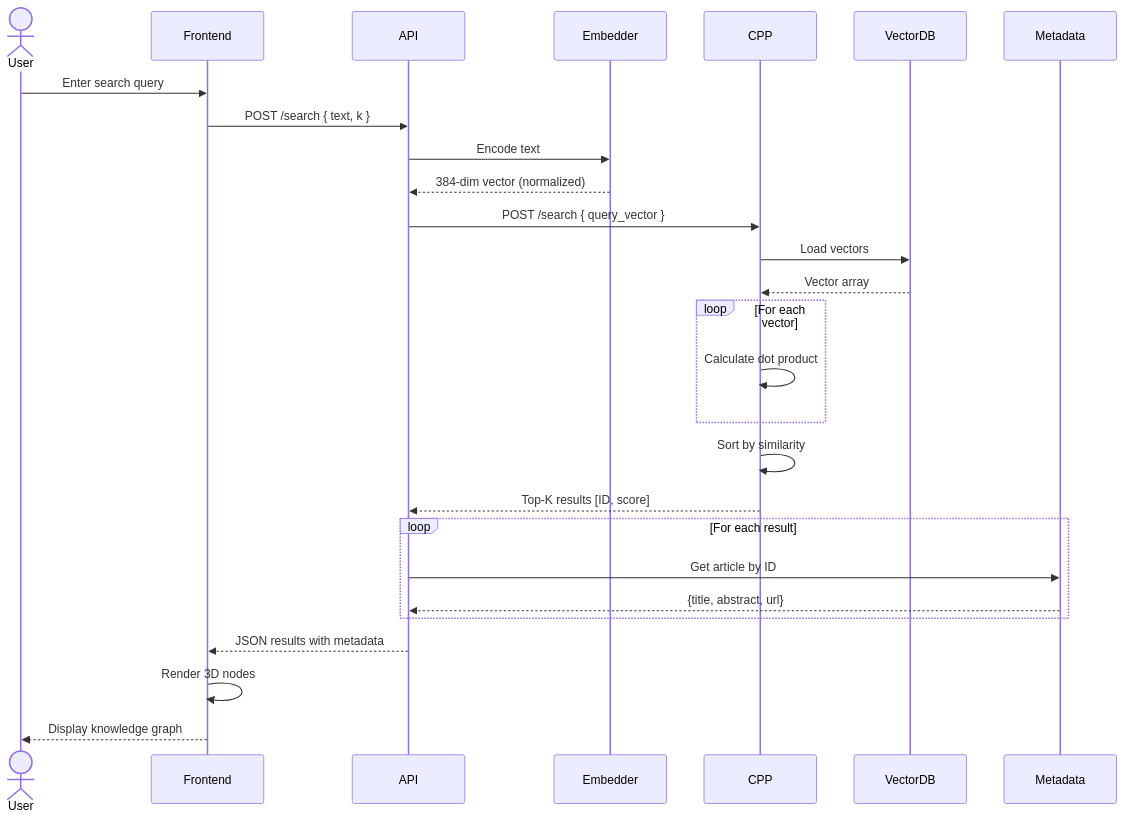
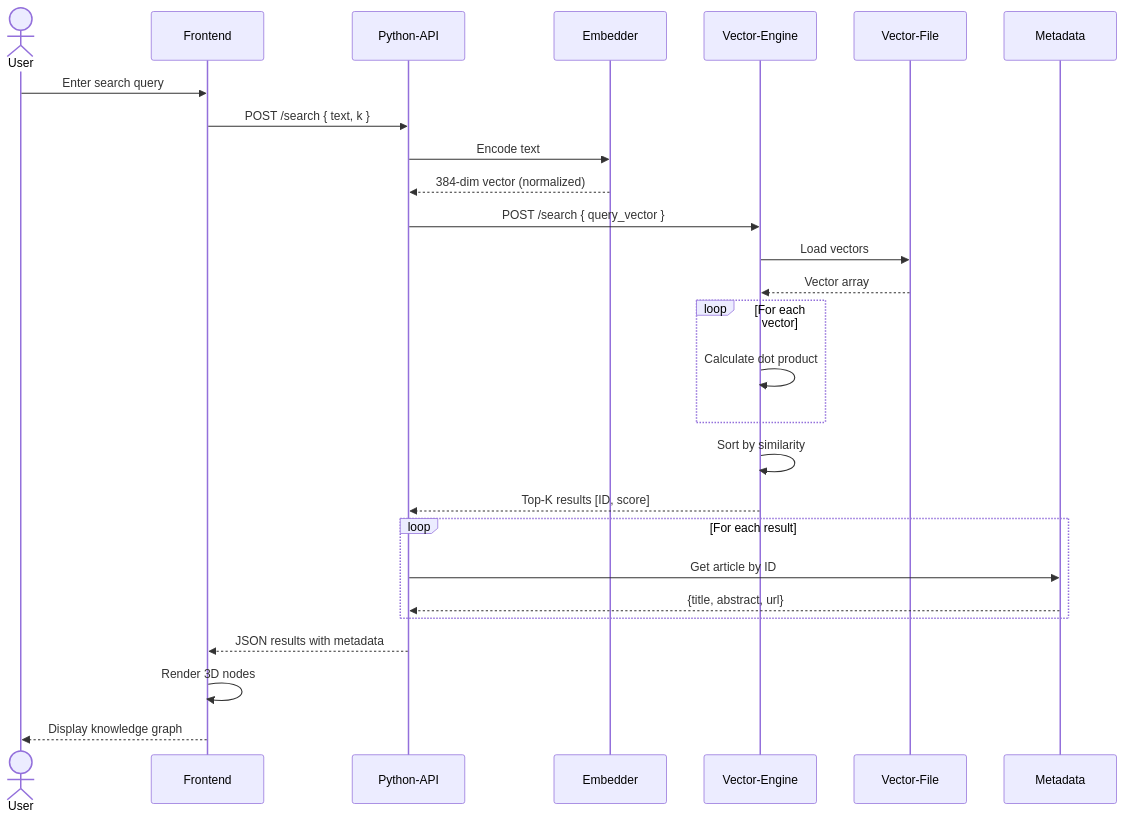
Before and after one commit to ashram15/MindMapAI: the second of 6 diagrams in ARCHITECTURE.md, drawn with Mermaid. The commit also changed 2 other files, not shown here.

Commit message:
added keep map as is option and pause rendering option as well as text on nodes

````diff
--- a/ARCHITECTURE.md
+++ b/ARCHITECTURE.md
@@ -209,39 +209,39 @@
 ```mermaid
 ---
 id: ffbfd92a-c2e9-4d77-a82d-9f10d27de6df
 ---
 sequenceDiagram
     actor User
     participant Frontend
-    participant API
+    participant Python-API
     participant Embedder
-    participant CPP
-    participant VectorDB
+    participant Vector-Engine 
+    participant Vector-File
     participant Metadata
 
     User->>Frontend: Enter search query
-    Frontend->>API: POST /search { text, k }
+    Frontend->>Python-API: POST /search { text, k }
     
-    API->>Embedder: Encode text
-    Embedder-->>API: 384-dim vector (normalized)
+    Python-API->>Embedder: Encode text
+    Embedder-->>Python-API: 384-dim vector (normalized)
     
-    API->>CPP: POST /search { query_vector }
-    CPP->>VectorDB: Load vectors
-    VectorDB-->>CPP: Vector array
+    Python-API->>Vector-Engine: POST /search { query_vector }
+    Vector-Engine->>Vector-File: Load vectors
+    Vector-File-->>Vector-Engine: Vector array
     
     loop For each vector
-        CPP->>CPP: Calculate dot product
+        Vector-Engine->>Vector-Engine: Calculate dot product
     end
     
-    CPP->>CPP: Sort by similarity
-    CPP-->>API: Top-K results [ID, score]
+    Vector-Engine->>Vector-Engine: Sort by similarity
+    Vector-Engine-->>Python-API: Top-K results [ID, score]
     
     loop For each result
-        API->>Metadata: Get article by ID
-        Metadata-->>API: {title, abstract, url}
+        Python-API->>Metadata: Get article by ID
+        Metadata-->>Python-API: {title, abstract, url}
     end
     
-    API-->>Frontend: JSON results with metadata
+    Python-API-->>Frontend: JSON results with metadata
     Frontend->>Frontend: Render 3D nodes
     Frontend-->>User: Display knowledge graph
 ```
````
